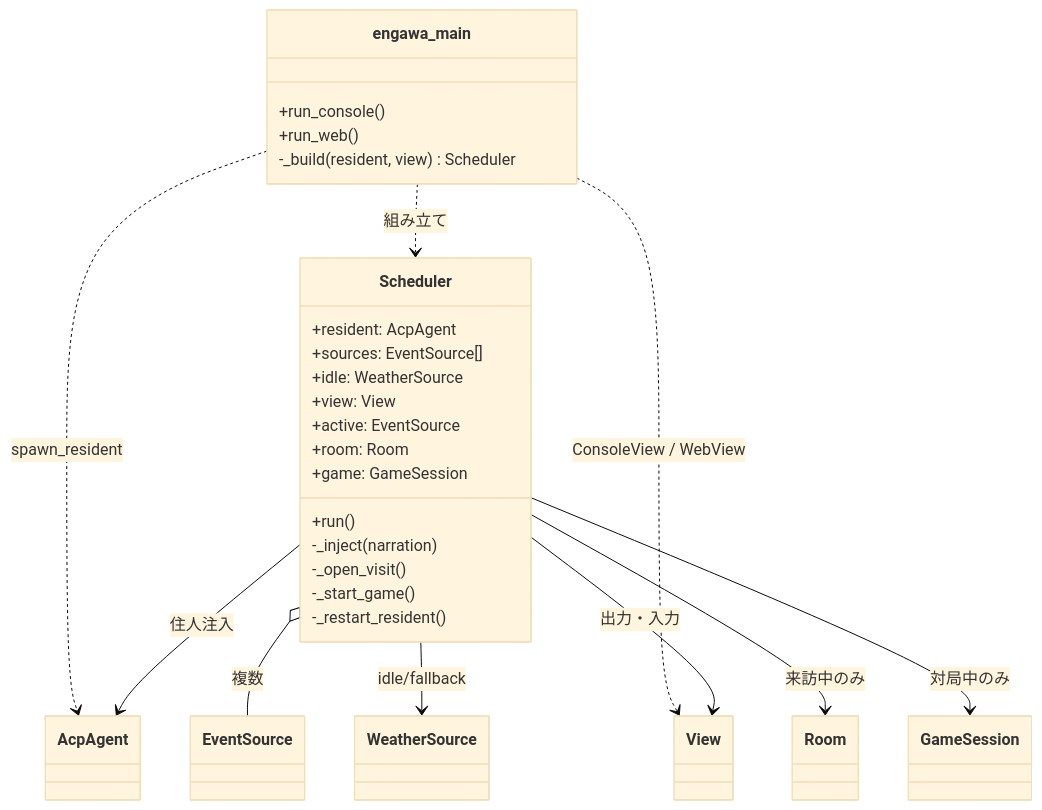
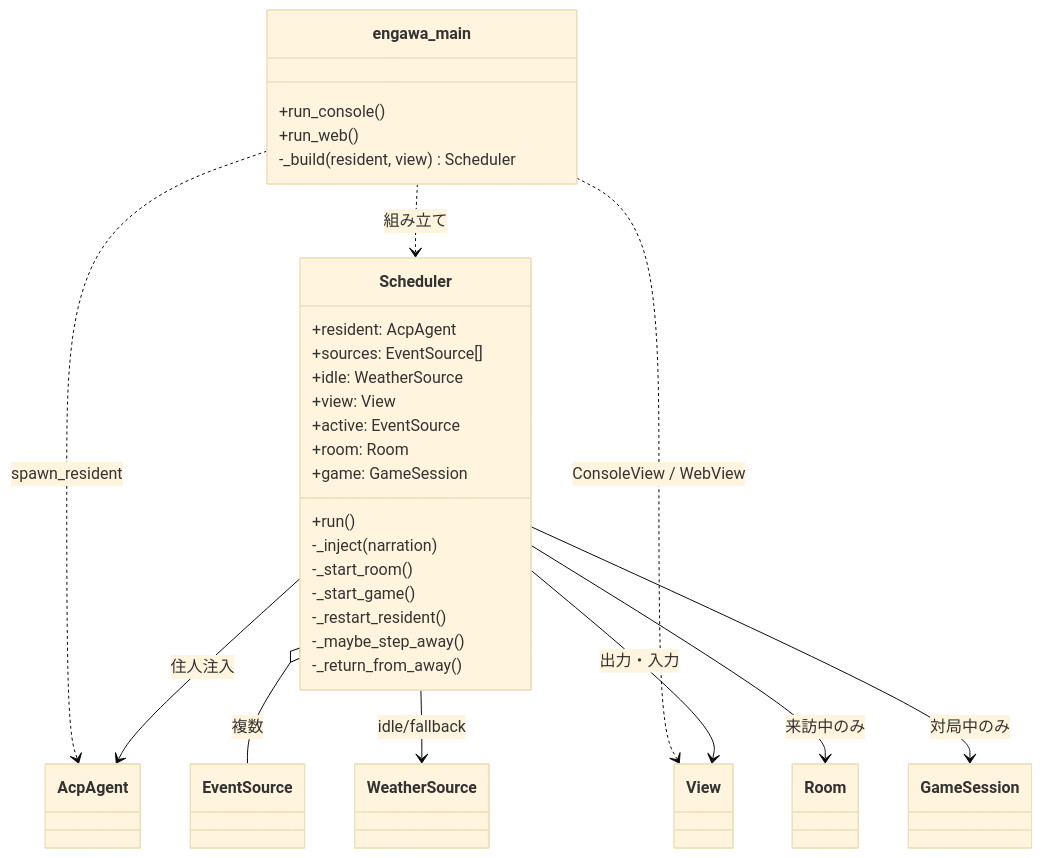
The first of 7 diagrams in docs/class-diagram.md (NiteC-a11y/Engawa), drawn with Mermaid (base theme) before and after one commit. The commit also changed other lines of this file and 5 other files, not shown here.

````diff
--- a/docs/class-diagram.md
+++ b/docs/class-diagram.md
@@ -11,36 +11,38 @@
 ```mermaid
 classDiagram
     direction TB
 
     class engawa_main {
         +run_console()
         +run_web()
         -_build(resident, view) Scheduler
     }
 
     class Scheduler {
         +resident: AcpAgent
         +sources: EventSource[]
         +idle: WeatherSource
         +view: View
         +active: EventSource
         +room: Room
         +game: GameSession
         +run()
         -_inject(narration)
-        -_open_visit()
+        -_start_room()
         -_start_game()
         -_restart_resident()
+        -_maybe_step_away()
+        -_return_from_away()
     }
 
     engawa_main ..> Scheduler : 組み立て
     engawa_main ..> AcpAgent : spawn_resident
     engawa_main ..> View : ConsoleView / WebView
 
     Scheduler --> AcpAgent : 住人注入
     Scheduler o-- EventSource : 複数
     Scheduler --> WeatherSource : idle/fallback
     Scheduler --> View : 出力・入力
     Scheduler --> Room : 来訪中のみ
     Scheduler --> GameSession : 対局中のみ
 ```
````
